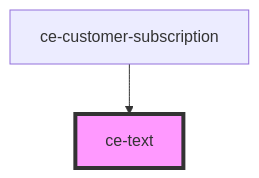
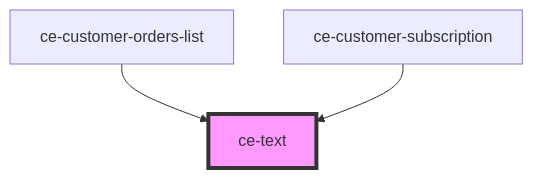
The diagram in packages/components/src/components/ui/text/readme.md (surecart/surecart-wp-plugin), drawn with Mermaid before and after one commit. The commit also changed other lines of this file and 241 other files, not shown here.

````diff
--- a/packages/components/src/components/ui/text/readme.md
+++ b/packages/components/src/components/ui/text/readme.md
@@ -23,5 +24,6 @@
 ```mermaid
 graph TD;
+  ce-customer-orders-list --> ce-text
   ce-customer-subscription --> ce-text
   style ce-text fill:#f9f,stroke:#333,stroke-width:4px
 ```
````
